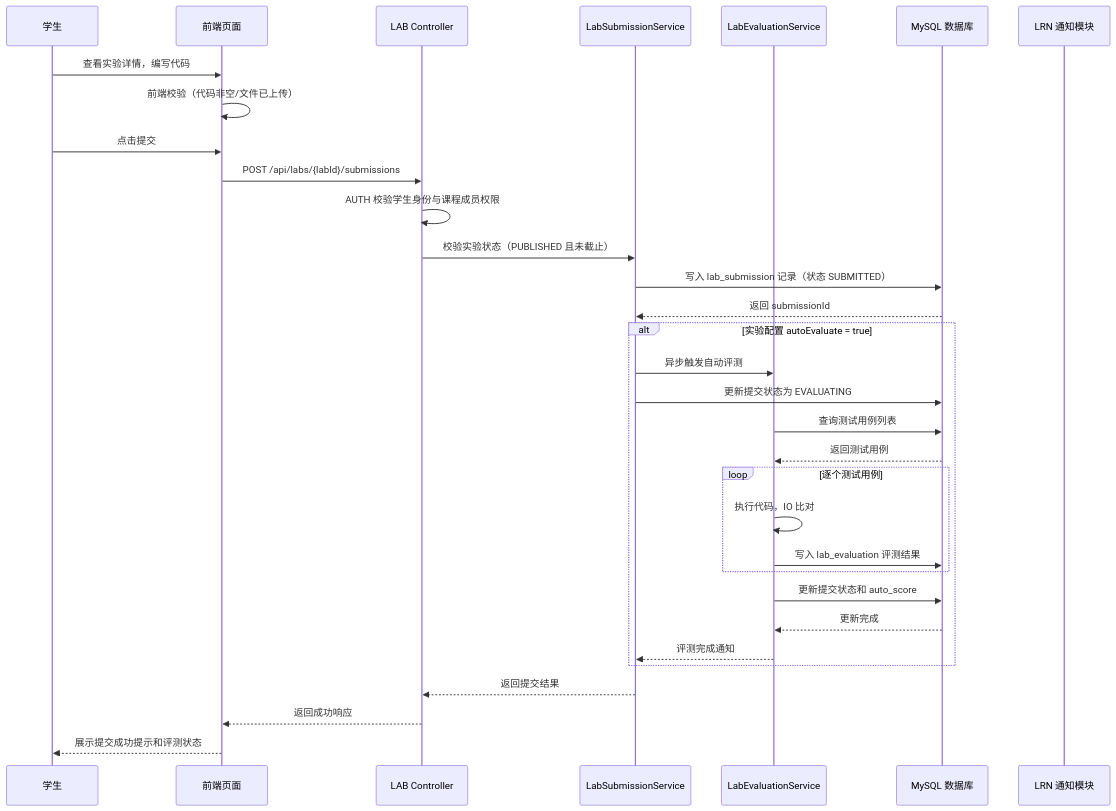
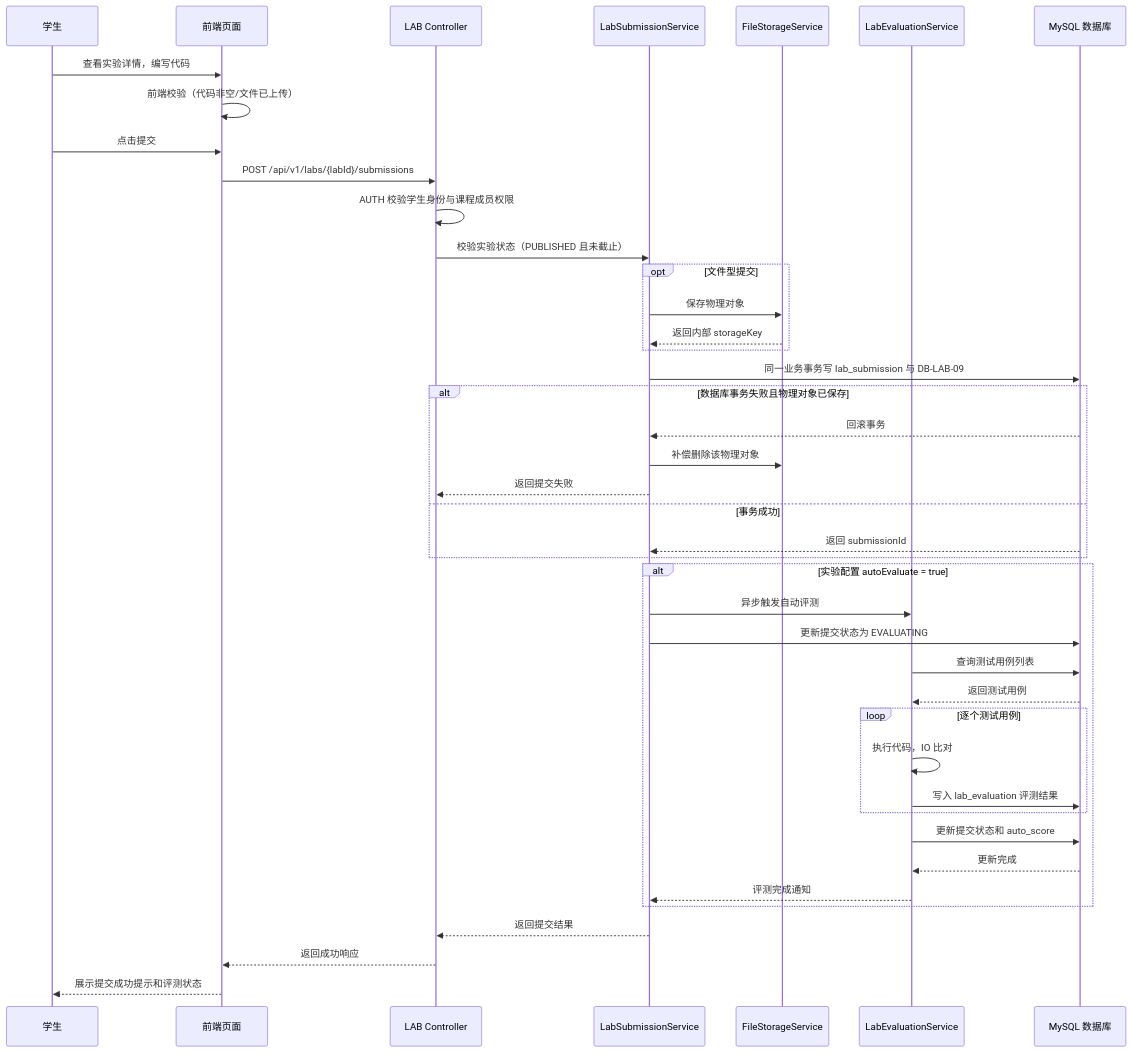
Before and after one commit to Cr4zyorange/OnlineJudge: the second of 7 diagrams in docs/过程/详细设计/LAB-实训实验模块-详细设计提交稿.md, drawn with Mermaid. The commit also changed other lines of this file and 13 other files, not shown here.

````diff
--- a/docs/过程/详细设计/LAB-实训实验模块-详细设计提交稿.md
+++ b/docs/过程/详细设计/LAB-实训实验模块-详细设计提交稿.md
@@ -493,35 +581,45 @@
 ```mermaid
 sequenceDiagram
   participant U as 学生
   participant P as 前端页面
   participant A as LAB Controller
   participant S as LabSubmissionService
+  participant F as FileStorageService
   participant E as LabEvaluationService
   participant D as MySQL 数据库
-  participant N as LRN 通知模块
 
   U->>P: 查看实验详情，编写代码
   P->>P: 前端校验（代码非空/文件已上传）
   U->>P: 点击提交
-  P->>A: POST /api/labs/{labId}/submissions
+  P->>A: POST /api/v1/labs/{labId}/submissions
   A->>A: AUTH 校验学生身份与课程成员权限
   A->>S: 校验实验状态（PUBLISHED 且未截止）
-  S->>D: 写入 lab_submission 记录（状态 SUBMITTED）
-  D-->>S: 返回 submissionId
+  opt 文件型提交
+    S->>F: 保存物理对象
+    F-->>S: 返回内部 storageKey
+  end
+  S->>D: 同一业务事务写 lab_submission 与 DB-LAB-09
+  alt 数据库事务失败且物理对象已保存
+    D-->>S: 回滚事务
+    S->>F: 补偿删除该物理对象
+    S-->>A: 返回提交失败
+  else 事务成功
+    D-->>S: 返回 submissionId
+  end
   alt 实验配置 autoEvaluate = true
     S->>E: 异步触发自动评测
     S->>D: 更新提交状态为 EVALUATING
     E->>D: 查询测试用例列表
     D-->>E: 返回测试用例
     loop 逐个测试用例
       E->>E: 执行代码，IO 比对
       E->>D: 写入 lab_evaluation 评测结果
     end
     E->>D: 更新提交状态和 auto_score
     D-->>E: 更新完成
     E-->>S: 评测完成通知
   end
   S-->>A: 返回提交结果
   A-->>P: 返回成功响应
   P-->>U: 展示提交成功提示和评测状态
 ```
````
